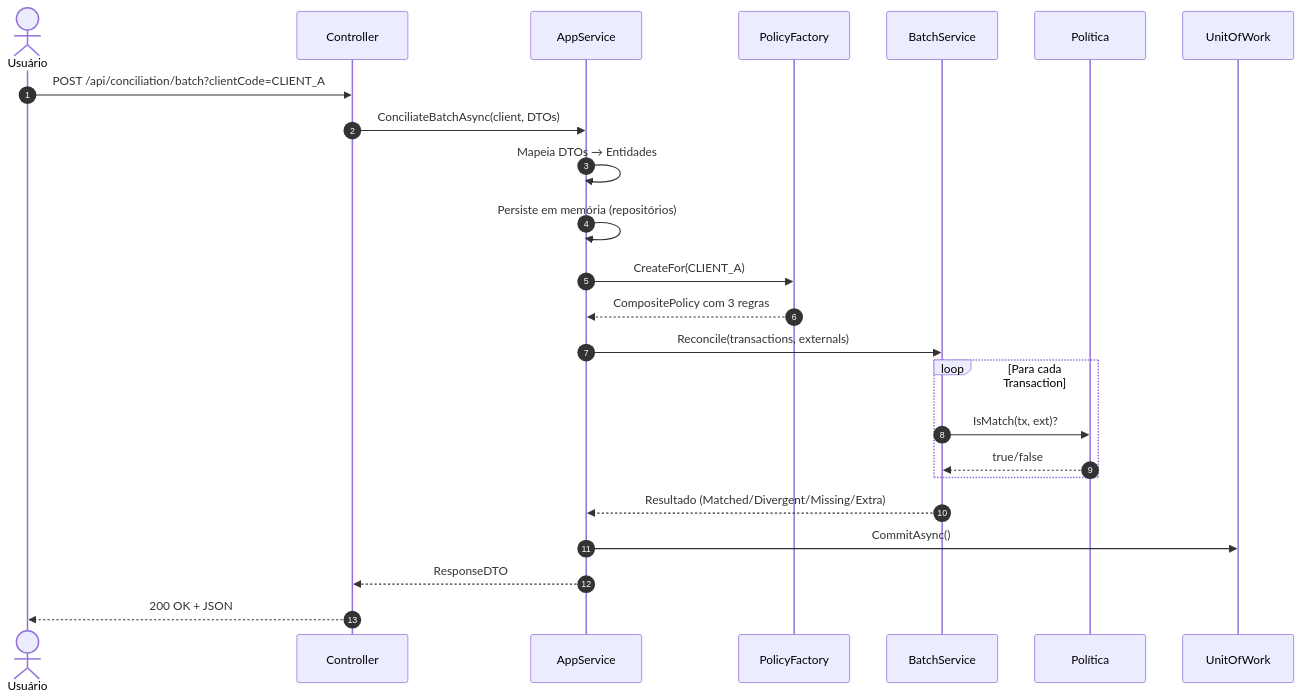
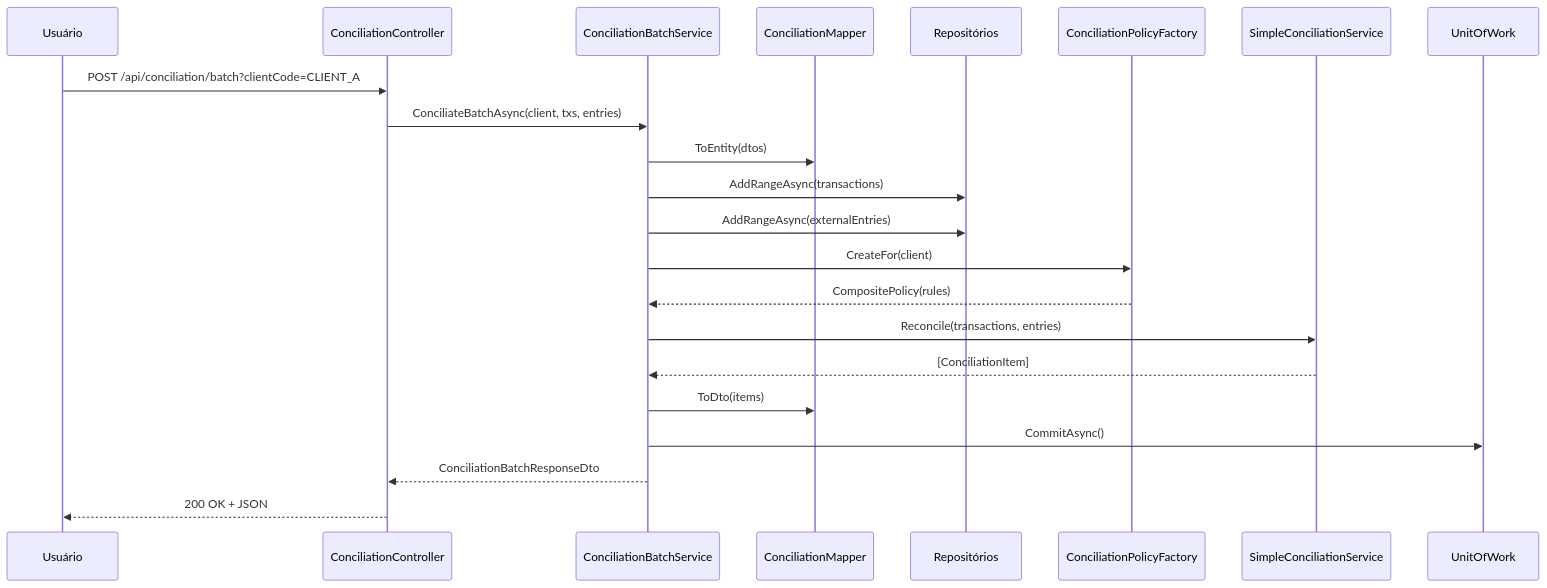
One commit to awernek/Conciliacao changed the second of 5 diagrams in docs/COMO-FUNCIONA-O-PROJETO.md. Above: the diagram before and after it, drawn with Mermaid. The commit also changed other lines of this file and 22 other files, not shown here.

````diff
--- a/docs/COMO-FUNCIONA-O-PROJETO.md
+++ b/docs/COMO-FUNCIONA-O-PROJETO.md
@@ -219,27 +194,25 @@
 ```mermaid
 sequenceDiagram
-    autonumber
-    actor U as Usuário
-    participant C as Controller
-    participant A as AppService
-    participant F as PolicyFactory
-    participant B as BatchService
-    participant P as Política
-    participant UW as UnitOfWork
+    participant U as Usuário
+    participant C as ConciliationController
+    participant S as ConciliationBatchService
+    participant M as ConciliationMapper
+    participant R as Repositórios
+    participant F as ConciliationPolicyFactory
+    participant E as SimpleConciliationService
+    participant UoW as UnitOfWork
 
     U->>C: POST /api/conciliation/batch?clientCode=CLIENT_A
-    C->>A: ConciliateBatchAsync(client, DTOs)
-    A->>A: Mapeia DTOs → Entidades
-    A->>A: Persiste em memória (repositórios)
-    A->>F: CreateFor(CLIENT_A)
-    F-->>A: CompositePolicy com 3 regras
-    A->>B: Reconcile(transactions, externals)
-    loop Para cada Transaction
-        B->>P: IsMatch(tx, ext)?
-        P-->>B: true/false
-    end
-    B-->>A: Resultado (Matched/Divergent/Missing/Extra)
-    A->>UW: CommitAsync()
-    A-->>C: ResponseDTO
+    C->>S: ConciliateBatchAsync(client, txs, entries)
+    S->>M: ToEntity(dtos)
+    S->>R: AddRangeAsync(transactions)
+    S->>R: AddRangeAsync(externalEntries)
+    S->>F: CreateFor(client)
+    F-->>S: CompositePolicy(rules)
+    S->>E: Reconcile(transactions, entries)
+    E-->>S: [ConciliationItem]
+    S->>M: ToDto(items)
+    S->>UoW: CommitAsync()
+    S-->>C: ConciliationBatchResponseDto
     C-->>U: 200 OK + JSON
 ```
````
